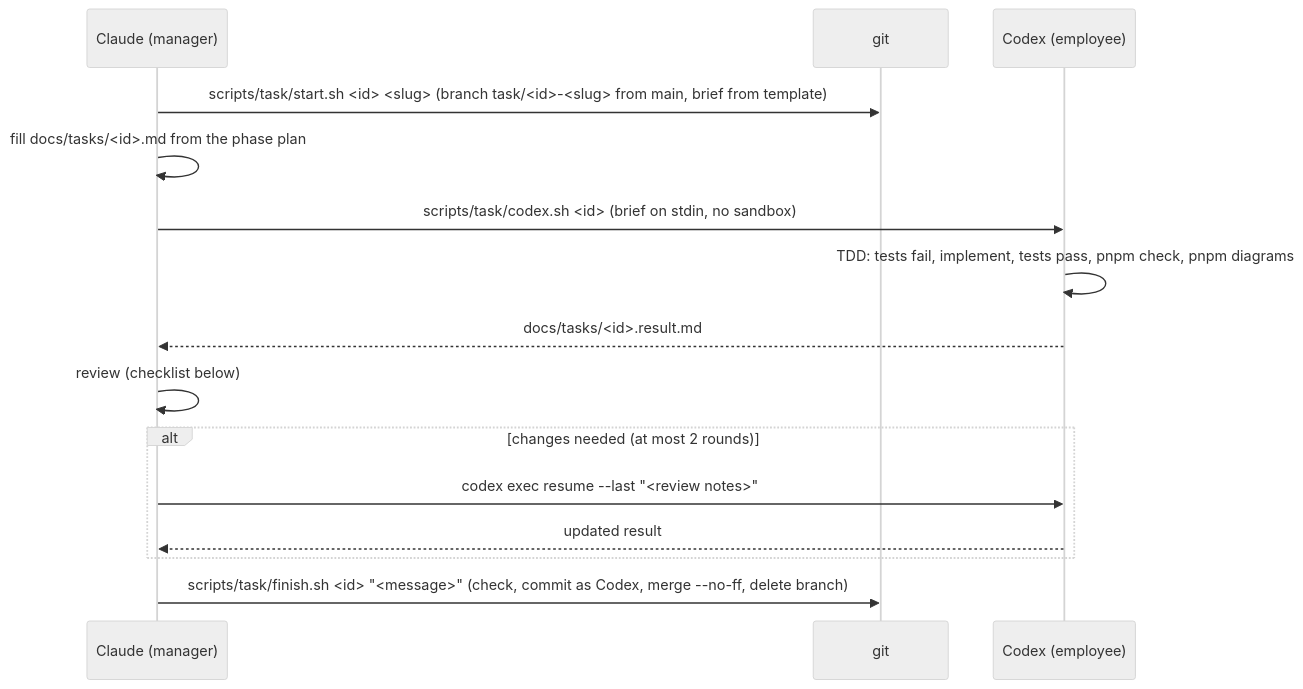
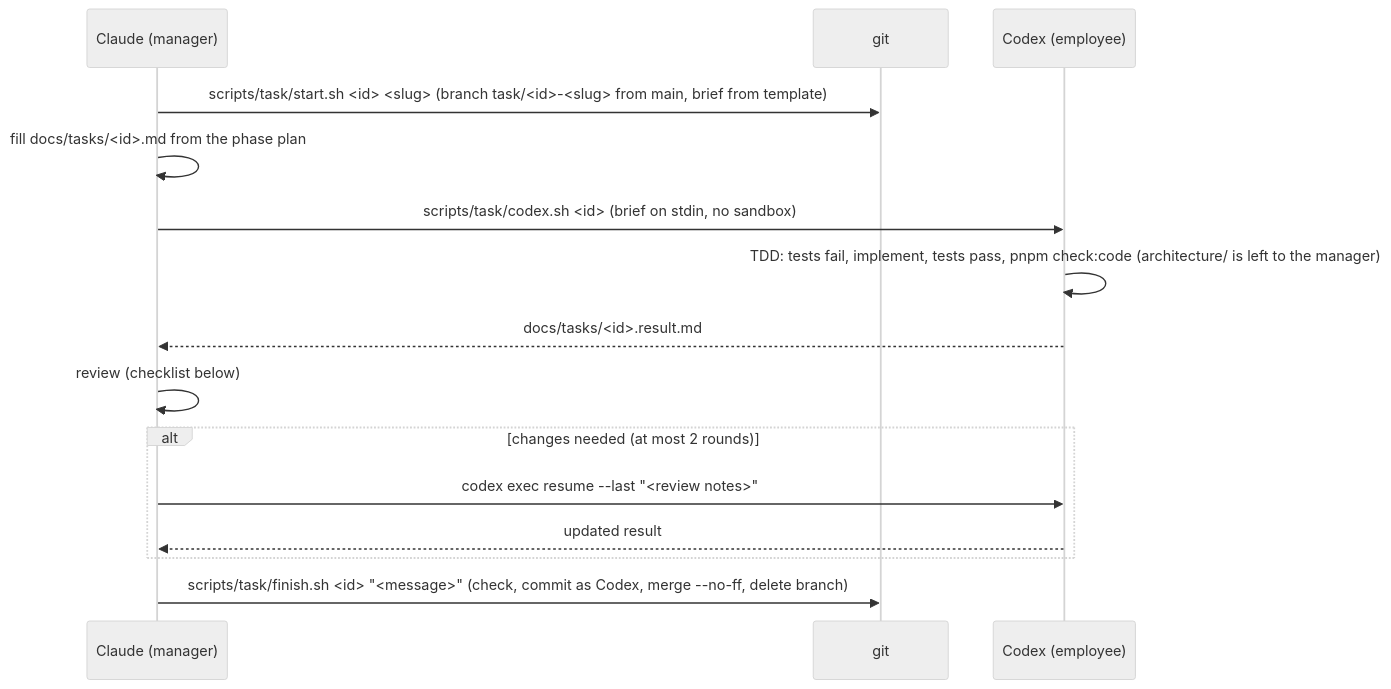
Before and after one commit to devrunch/ai-trader-2: the diagram in docs/process/WORKFLOW.md, drawn with Mermaid (neutral theme). The commit also changed other lines of this file and 4 other files, not shown here.

First line of the commit message:
chore(process): manager owns architecture/; Codex runs targeted tests then check:code once

````diff
--- a/docs/process/WORKFLOW.md
+++ b/docs/process/WORKFLOW.md
@@ -12,17 +12,17 @@
 ```mermaid
 sequenceDiagram
   participant M as Claude (manager)
   participant G as git
   participant C as Codex (employee)
   M->>G: scripts/task/start.sh <id> <slug>  (branch task/<id>-<slug> from main, brief from template)
   M->>M: fill docs/tasks/<id>.md from the phase plan
   M->>C: scripts/task/codex.sh <id>  (brief on stdin, no sandbox)
-  C->>C: TDD: tests fail, implement, tests pass, pnpm check, pnpm diagrams
+  C->>C: TDD: tests fail, implement, tests pass, pnpm check:code (architecture/ is left to the manager)
   C-->>M: docs/tasks/<id>.result.md
   M->>M: review (checklist below)
   alt changes needed (at most 2 rounds)
     M->>C: codex exec resume --last "<review notes>"
     C-->>M: updated result
   end
   M->>G: scripts/task/finish.sh <id> "<message>"  (check, commit as Codex, merge --no-ff, delete branch)
 ```
````
